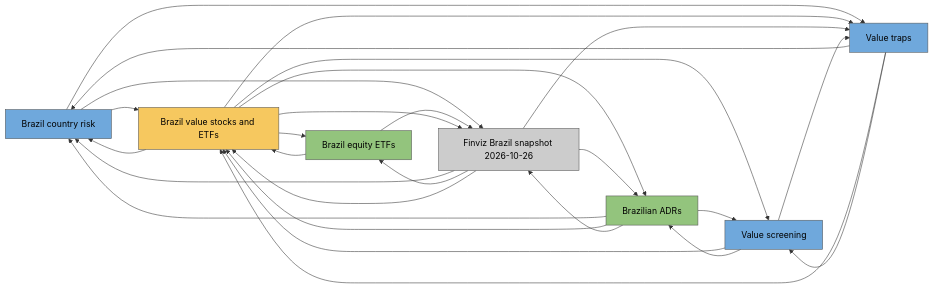
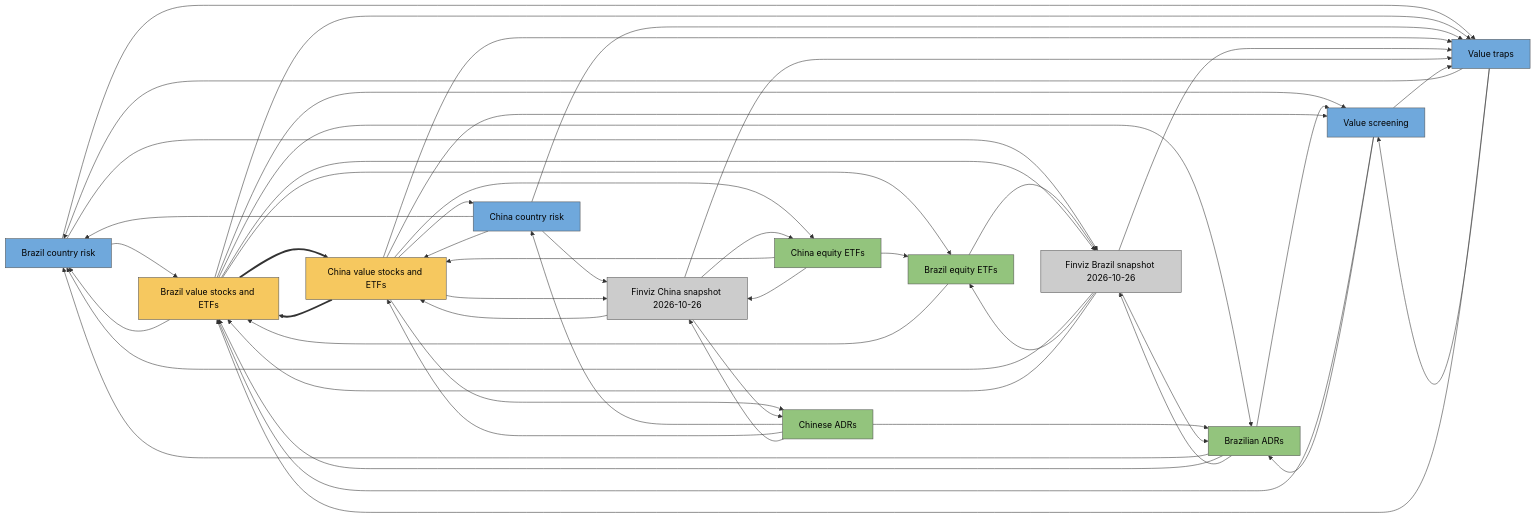
The diagram in wiki/graph.md (Traaa1234/wei-ideas-brain), drawn with Mermaid before and after one commit. The commit also changed other lines of this file and 10 other files, not shown here.

First line of the commit message:
Add China value idea: Finviz snapshot of Chinese ADRs and China ETFs, low-P/E screen

````diff
--- a/wiki/graph.md
+++ b/wiki/graph.md
@@ -14,41 +14,69 @@
 ```mermaid
 graph LR
   classDef idea fill:#f6c85f,stroke:#555,color:#000
   classDef concept fill:#6fa8dc,stroke:#555,color:#000
   classDef entity fill:#93c47d,stroke:#555,color:#000
   classDef question fill:#c27ba0,stroke:#555,color:#000
   classDef source fill:#cccccc,stroke:#555,color:#000
   n_brazil_country_risk["Brazil country risk"]:::concept
   n_brazil_equity_etfs["Brazil equity ETFs"]:::entity
   n_brazil_value_stocks_and_etfs["Brazil value stocks and ETFs"]:::idea
   n_brazilian_adrs["Brazilian ADRs"]:::entity
+  n_china_country_risk["China country risk"]:::concept
+  n_china_equity_etfs["China equity ETFs"]:::entity
+  n_china_value_stocks_and_etfs["China value stocks and ETFs"]:::idea
+  n_chinese_adrs["Chinese ADRs"]:::entity
   n_finviz_brazil_snapshot_2026_10_26["Finviz Brazil snapshot 2026-10-26"]:::source
+  n_finviz_china_snapshot_2026_10_26["Finviz China snapshot 2026-10-26"]:::source
   n_value_screening["Value screening"]:::concept
   n_value_traps["Value traps"]:::concept
   n_brazil_country_risk --> n_brazil_value_stocks_and_etfs
   n_brazil_country_risk --> n_finviz_brazil_snapshot_2026_10_26
   n_brazil_country_risk --> n_value_traps
   n_brazil_equity_etfs --> n_brazil_value_stocks_and_etfs
   n_brazil_equity_etfs --> n_finviz_brazil_snapshot_2026_10_26
   n_brazil_value_stocks_and_etfs --> n_brazil_country_risk
   n_brazil_value_stocks_and_etfs --> n_brazil_equity_etfs
   n_brazil_value_stocks_and_etfs --> n_brazilian_adrs
+  n_brazil_value_stocks_and_etfs ==> n_china_value_stocks_and_etfs
   n_brazil_value_stocks_and_etfs --> n_finviz_brazil_snapshot_2026_10_26
   n_brazil_value_stocks_and_etfs --> n_value_screening
   n_brazil_value_stocks_and_etfs --> n_value_traps
   n_brazilian_adrs --> n_brazil_country_risk
   n_brazilian_adrs --> n_brazil_value_stocks_and_etfs
   n_brazilian_adrs --> n_finviz_brazil_snapshot_2026_10_26
   n_brazilian_adrs --> n_value_screening
+  n_china_country_risk --> n_brazil_country_risk
+  n_china_country_risk --> n_china_value_stocks_and_etfs
+  n_china_country_risk --> n_finviz_china_snapshot_2026_10_26
+  n_china_country_risk --> n_value_traps
+  n_china_equity_etfs --> n_brazil_equity_etfs
+  n_china_equity_etfs --> n_china_value_stocks_and_etfs
+  n_china_equity_etfs --> n_finviz_china_snapshot_2026_10_26
+  n_china_value_stocks_and_etfs ==> n_brazil_value_stocks_and_etfs
+  n_china_value_stocks_and_etfs --> n_china_country_risk
+  n_china_value_stocks_and_etfs --> n_china_equity_etfs
+  n_china_value_stocks_and_etfs --> n_chinese_adrs
+  n_china_value_stocks_and_etfs --> n_finviz_china_snapshot_2026_10_26
+  n_china_value_stocks_and_etfs --> n_value_screening
+  n_china_value_stocks_and_etfs --> n_value_traps
+  n_chinese_adrs --> n_brazilian_adrs
+  n_chinese_adrs --> n_china_country_risk
+  n_chinese_adrs --> n_china_value_stocks_and_etfs
+  n_chinese_adrs --> n_finviz_china_snapshot_2026_10_26
   n_finviz_brazil_snapshot_2026_10_26 --> n_brazil_country_risk
   n_finviz_brazil_snapshot_2026_10_26 --> n_brazil_equity_etfs
   n_finviz_brazil_snapshot_2026_10_26 --> n_brazil_value_stocks_and_etfs
   n_finviz_brazil_snapshot_2026_10_26 --> n_brazilian_adrs
   n_finviz_brazil_snapshot_2026_10_26 --> n_value_traps
+  n_finviz_china_snapshot_2026_10_26 --> n_china_equity_etfs
+  n_finviz_china_snapshot_2026_10_26 --> n_china_value_stocks_and_etfs
+  n_finviz_china_snapshot_2026_10_26 --> n_chinese_adrs
+  n_finviz_china_snapshot_2026_10_26 --> n_value_traps
   n_value_screening --> n_brazil_value_stocks_and_etfs
   n_value_screening --> n_brazilian_adrs
   n_value_screening --> n_value_traps
   n_value_traps --> n_brazil_country_risk
   n_value_traps --> n_brazil_value_stocks_and_etfs
   n_value_traps --> n_value_screening
 ```
````
